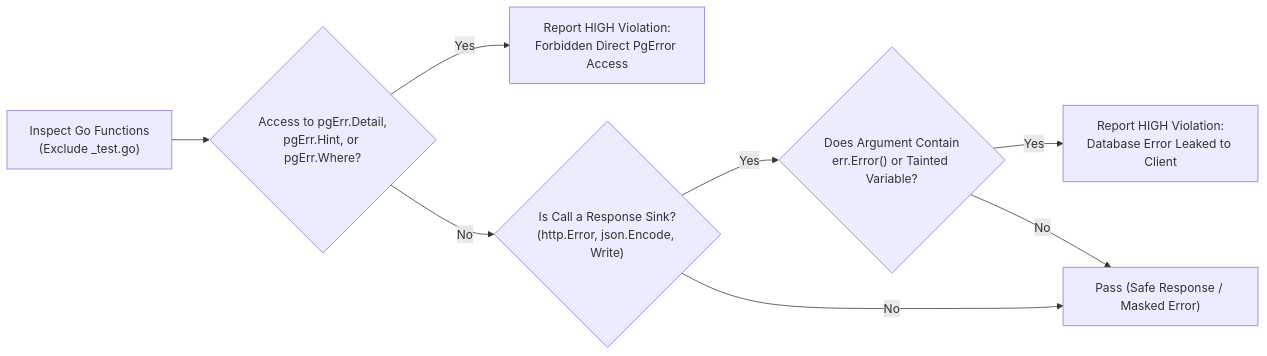
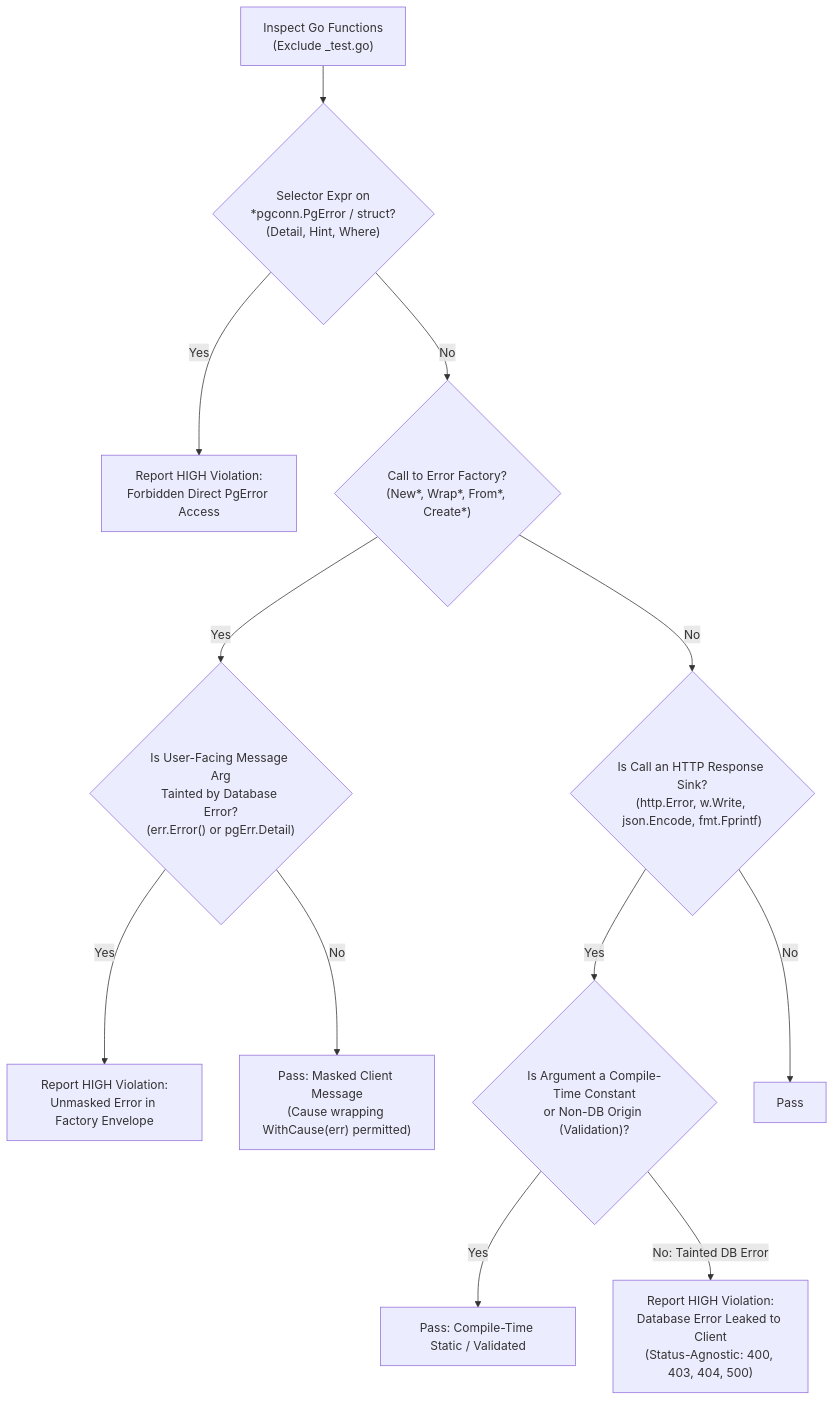
One commit to will2469/argus changed the third of 3 diagrams in wiki/ARGUS-A07.md. Above: the diagram before and after it, drawn with Mermaid. The commit also changed other lines of this file and 25 other files, not shown here.

Commit message:
feat: implement call classification and database argument extraction to support advanced A06/A07 rule analysis

````diff
--- a/wiki/ARGUS-A07.md
+++ b/wiki/ARGUS-A07.md
@@ -61,10 +92,16 @@
 ```mermaid
-flowchart LR
-    AST["Inspect Go Functions<br/>(Exclude _test.go)"] --> Selectors{"Access to pgErr.Detail,<br/>pgErr.Hint, or pgErr.Where?"}
+flowchart TD
+    AST["Inspect Go Functions<br/>(Exclude _test.go)"] --> Selectors{"Selector Expr on<br/>*pgconn.PgError / struct?<br/>(Detail, Hint, Where)"}
     Selectors -->|Yes| ReportSel["Report HIGH Violation:<br/>Forbidden Direct PgError Access"]
-    Selectors -->|No| Sinks{"Is Call a Response Sink?<br/>(http.Error, json.Encode, Write)"}
-    Sinks -->|Yes| Flow{"Does Argument Contain<br/>err.Error() or Tainted Variable?"}
-    Flow -->|Yes| ReportSink["Report HIGH Violation:<br/>Database Error Leaked to Client"]
-    Flow -->|No| Pass["Pass (Safe Response / Masked Error)"]
-    Sinks -->|No| Pass
+    Selectors -->|No| Factory{"Call to Error Factory?<br/>(New*, Wrap*, From*, Create*)"}
+    
+    Factory -->|Yes| CheckFactoryArg{"Is User-Facing Message Arg<br/>Tainted by Database Error?<br/>(err.Error() or pgErr.Detail)"}
+    CheckFactoryArg -->|Yes| ReportFactory["Report HIGH Violation:<br/>Unmasked Error in Factory Envelope"]
+    CheckFactoryArg -->|No| SafeFactory["Pass: Masked Client Message<br/>(Cause wrapping WithCause(err) permitted)"]
+    
+    Factory -->|No| Sinks{"Is Call an HTTP Response Sink?<br/>(http.Error, w.Write, json.Encode, fmt.Fprintf)"}
+    Sinks -->|Yes| CheckArg{"Is Argument a Compile-Time Constant<br/>or Non-DB Origin (Validation)?"}
+    CheckArg -->|Yes| PassSink["Pass: Compile-Time Static / Validated"]
+    CheckArg -->|No: Tainted DB Error| ReportSink["Report HIGH Violation:<br/>Database Error Leaked to Client<br/>(Status-Agnostic: 400, 403, 404, 500)"]
+    Sinks -->|No| PassAll["Pass"]
 ```
````
